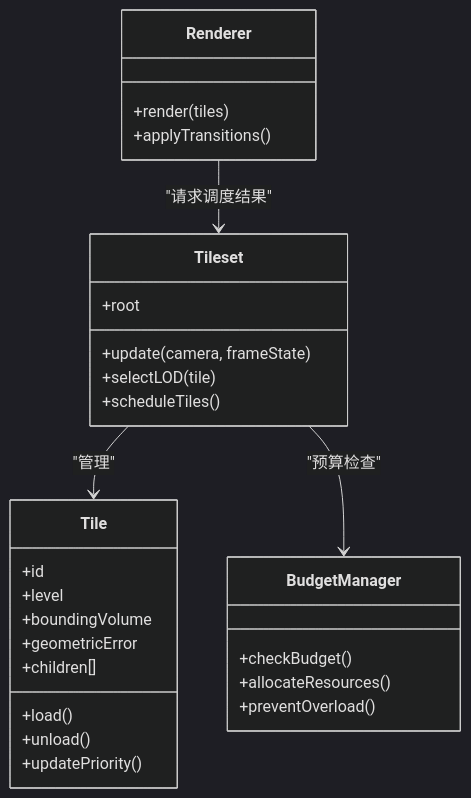
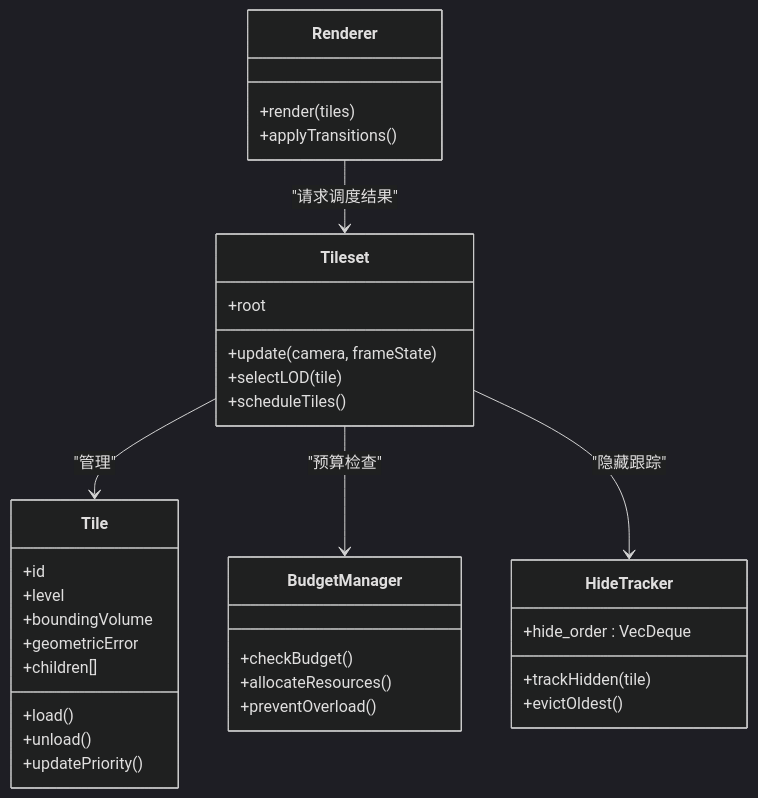
The fifth of 10 diagrams in .qoder/repowiki/zh/content/性能优化/数据加载优化/瓦片加载策略.md (rzhangjing/cesium), drawn with Mermaid (dark theme) before and after one commit. The commit also changed other lines of this file and 61 other files, not shown here.

First line of the commit message:
修改地图晃动BUG

````diff
--- a/.qoder/repowiki/zh/content/性能优化/数据加载优化/瓦片加载策略.md
+++ b/.qoder/repowiki/zh/content/性能优化/数据加载优化/瓦片加载策略.md
@@ -167,31 +210,37 @@
 ```mermaid
 classDiagram
 class Tile {
 +id
 +level
 +boundingVolume
 +geometricError
 +children[]
 +load()
 +unload()
 +updatePriority()
 }
 class Tileset {
 +root
 +update(camera, frameState)
 +selectLOD(tile)
 +scheduleTiles()
 }
 class Renderer {
 +render(tiles)
 +applyTransitions()
 }
 class BudgetManager {
 +checkBudget()
 +allocateResources()
 +preventOverload()
 }
+class HideTracker {
++hide_order : VecDeque
++trackHidden(tile)
++evictOldest()
+}
 Tileset --> Tile : "管理"
 Renderer --> Tileset : "请求调度结果"
 Tileset --> BudgetManager : "预算检查"
+Tileset --> HideTracker : "隐藏跟踪"
 ```
````
